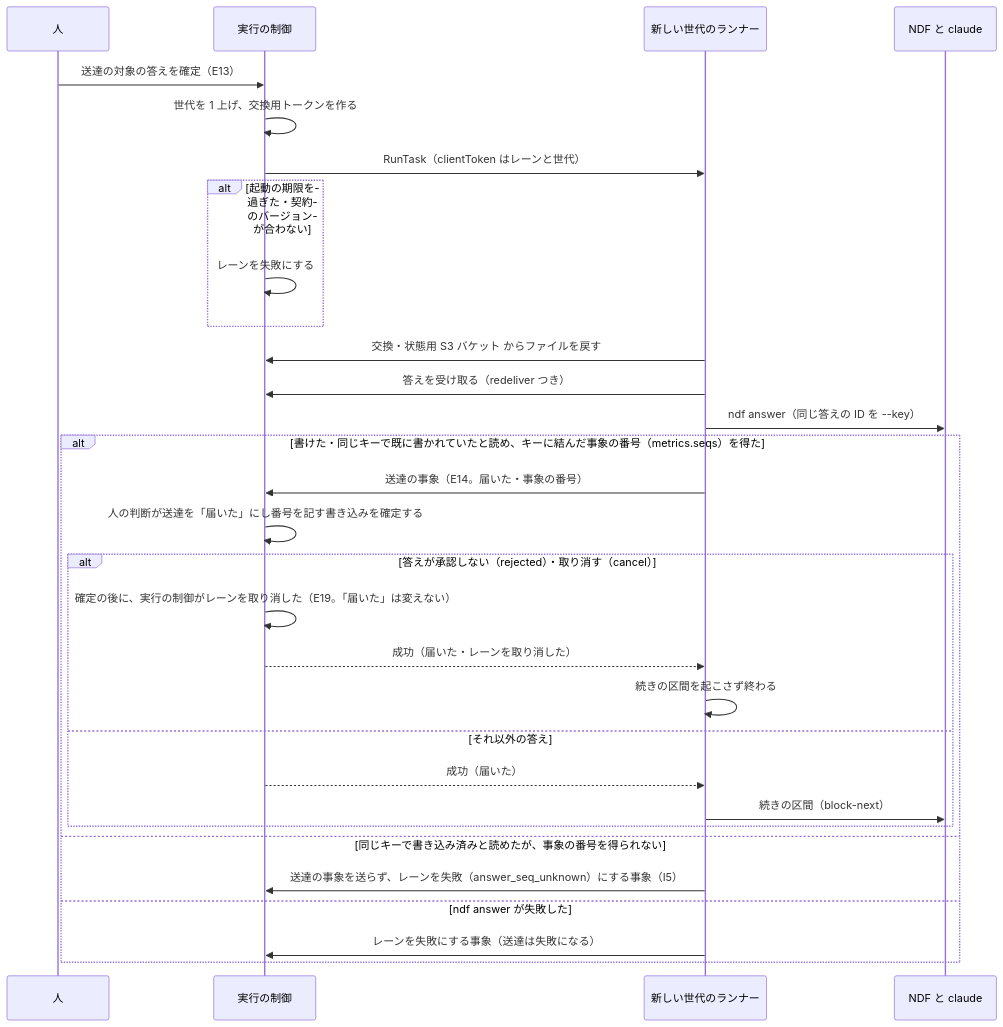
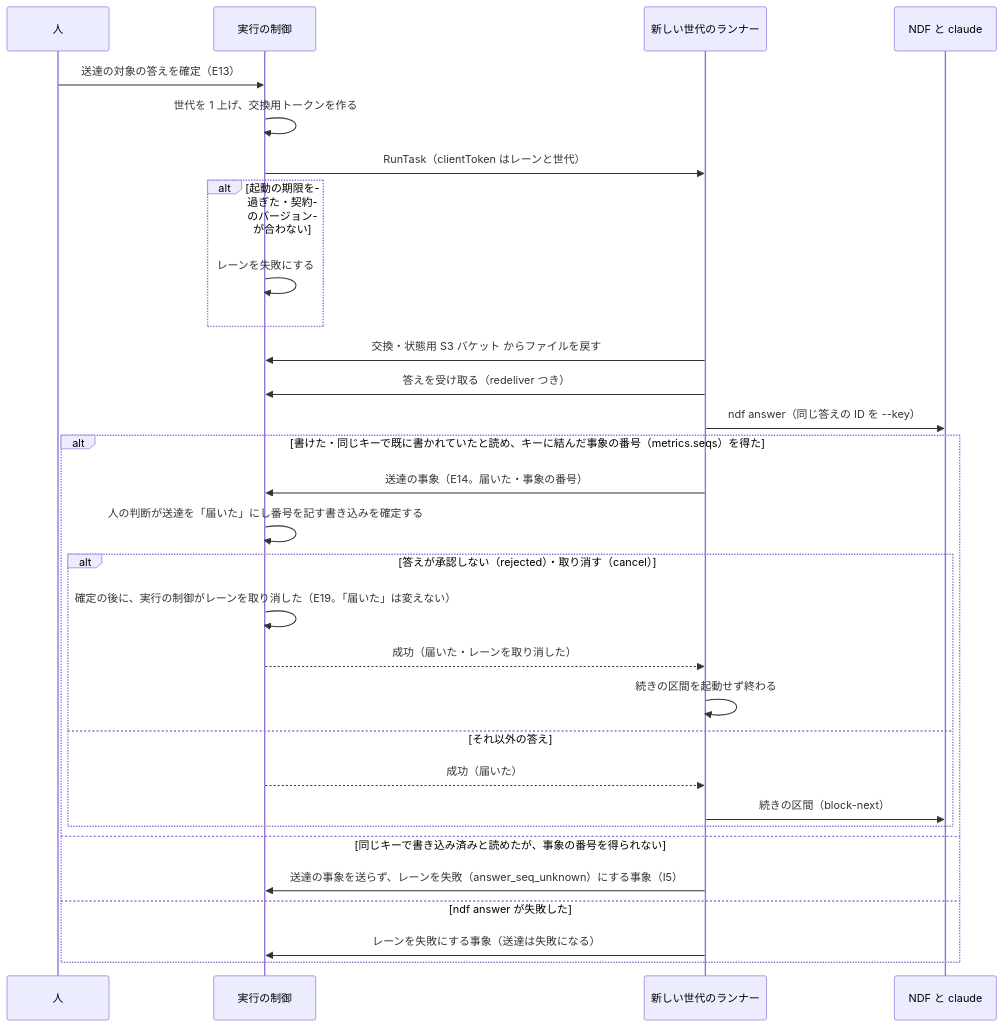
The fifth of 10 diagrams in docs/design/execution.md (devbasex/nd-factory), drawn with Mermaid before and after one commit. The commit also changed other lines of this file and 16 other files, not shown here.

First line of the commit message:
Docs: 設計書を通読し、エンジニアが使わない造語・直訳（道具・地図・頭書き・失敗のアイテムなど）を書き換える（利用者の指示）

````diff
--- a/docs/design/execution.md
+++ b/docs/design/execution.md
@@ -208,32 +208,32 @@
 ```mermaid
 sequenceDiagram
     participant H as 人
     participant API as 実行の制御
     participant R as 新しい世代のランナー
     participant N as NDF と claude
     H->>API: 送達の対象の答えを確定（E13）
     API->>API: 世代を 1 上げ、交換用トークンを作る
     API->>R: RunTask（clientToken はレーンと世代）
     alt 起動の期限を過ぎた・契約のバージョンが合わない
         API->>API: レーンを失敗にする
     end
     R->>API: 交換・状態用 S3 バケット からファイルを戻す
     R->>API: 答えを受け取る（redeliver つき）
     R->>N: ndf answer（同じ答えの ID を --key）
     alt 書けた・同じキーで既に書かれていたと読め、キーに結んだ事象の番号（metrics.seqs）を得た
         R->>API: 送達の事象（E14。届いた・事象の番号）
         API->>API: 人の判断が送達を「届いた」にし番号を記す書き込みを確定する
         alt 答えが承認しない（rejected）・取り消す（cancel）
             API->>API: 確定の後に、実行の制御がレーンを取り消した（E19。「届いた」は変えない）
             API-->>R: 成功（届いた・レーンを取り消した）
-            R->>R: 続きの区間を起こさず終わる
+            R->>R: 続きの区間を起動せず終わる
         else それ以外の答え
             API-->>R: 成功（届いた）
             R->>N: 続きの区間（block-next）
         end
     else 同じキーで書き込み済みと読めたが、事象の番号を得られない
         R->>API: 送達の事象を送らず、レーンを失敗（answer_seq_unknown）にする事象（I5）
     else ndf answer が失敗した
         R->>API: レーンを失敗にする事象（送達は失敗になる）
     end
 ```
````
